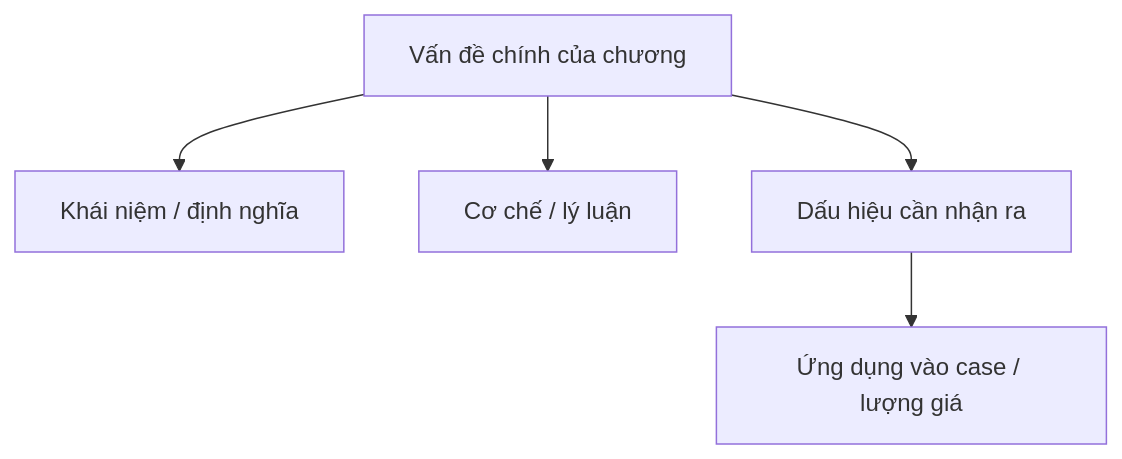
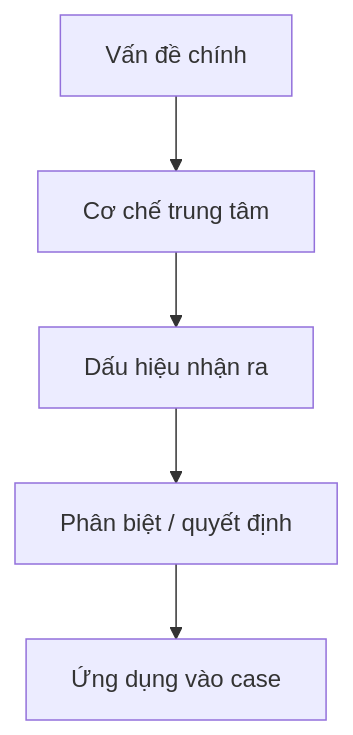
One commit to NobitaNguyenHung/medical-site changed the diagram in src/content/docs/templates/shared/chapter-summary.mdx. Above: the diagram before and after it, drawn with Mermaid. The commit also changed other lines of this file and 46 other files, not shown here.

````diff
--- a/src/content/docs/templates/shared/chapter-summary.mdx
+++ b/src/content/docs/templates/shared/chapter-summary.mdx
@@ -57,7 +57,7 @@
 ```mermaid
 flowchart TD
-  A["Vấn đề chính của chương"] --> B["Khái niệm / định nghĩa"]
-  A --> C["Cơ chế / lý luận"]
-  A --> D["Dấu hiệu cần nhận ra"]
-  D --> E["Ứng dụng vào case / lượng giá"]
+  A["Vấn đề chính"] --> B["Cơ chế trung tâm"]
+  B --> C["Dấu hiệu nhận ra"]
+  C --> D["Phân biệt / quyết định"]
+  D --> E["Ứng dụng vào case"]
 ```
````
